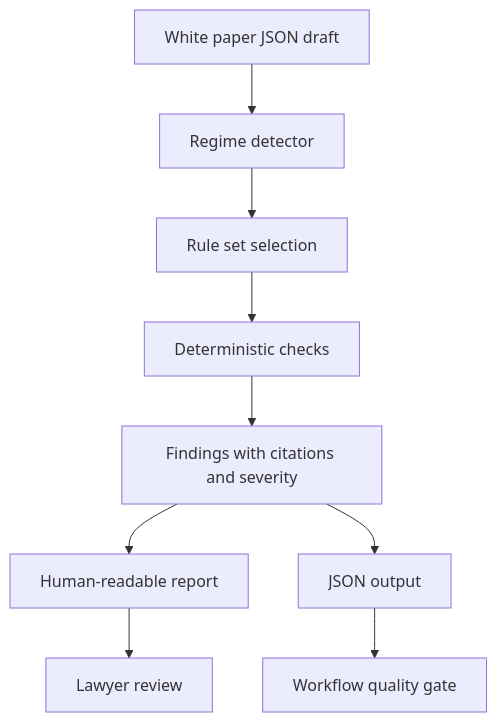
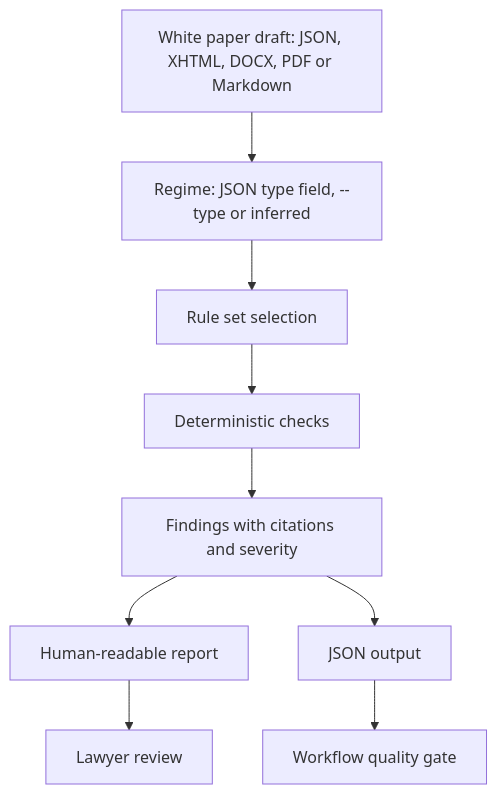
Before and after one commit to sebastianfoerste/micar-whitepaper-linter: the diagram in docs/launch-readiness.md, drawn with Mermaid. The commit also changed 16 other files, not shown here.

````diff
--- a/docs/launch-readiness.md
+++ b/docs/launch-readiness.md
@@ -13,11 +13,11 @@
 ```mermaid
 flowchart TD
-  A[White paper JSON draft] --> B[Regime detector]
+  A[White paper draft: JSON, XHTML, DOCX, PDF or Markdown] --> B[Regime: JSON type field, --type or inferred]
   B --> C[Rule set selection]
   C --> D[Deterministic checks]
   D --> E[Findings with citations and severity]
   E --> F[Human-readable report]
   E --> G[JSON output]
   F --> H[Lawyer review]
   G --> I[Workflow quality gate]
 ```
````
